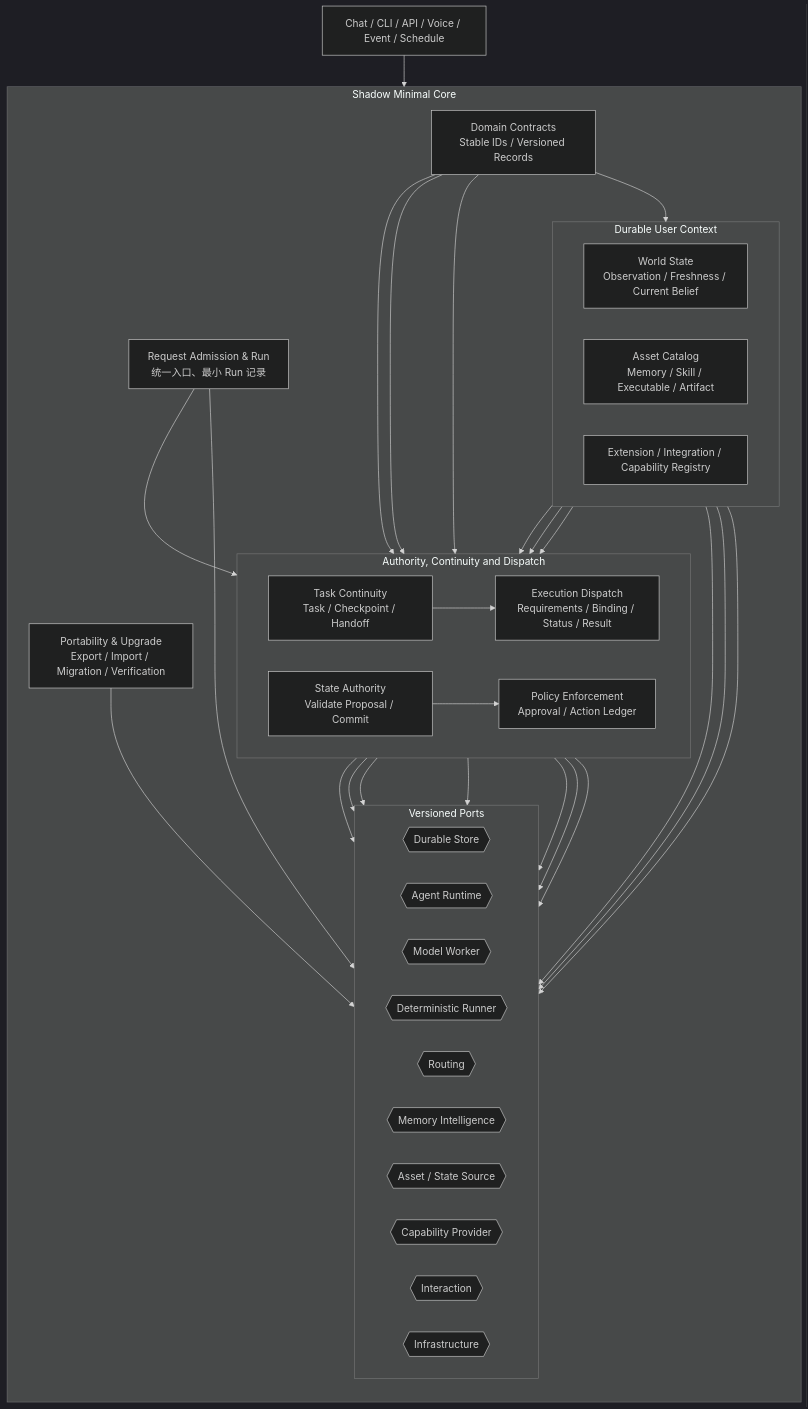
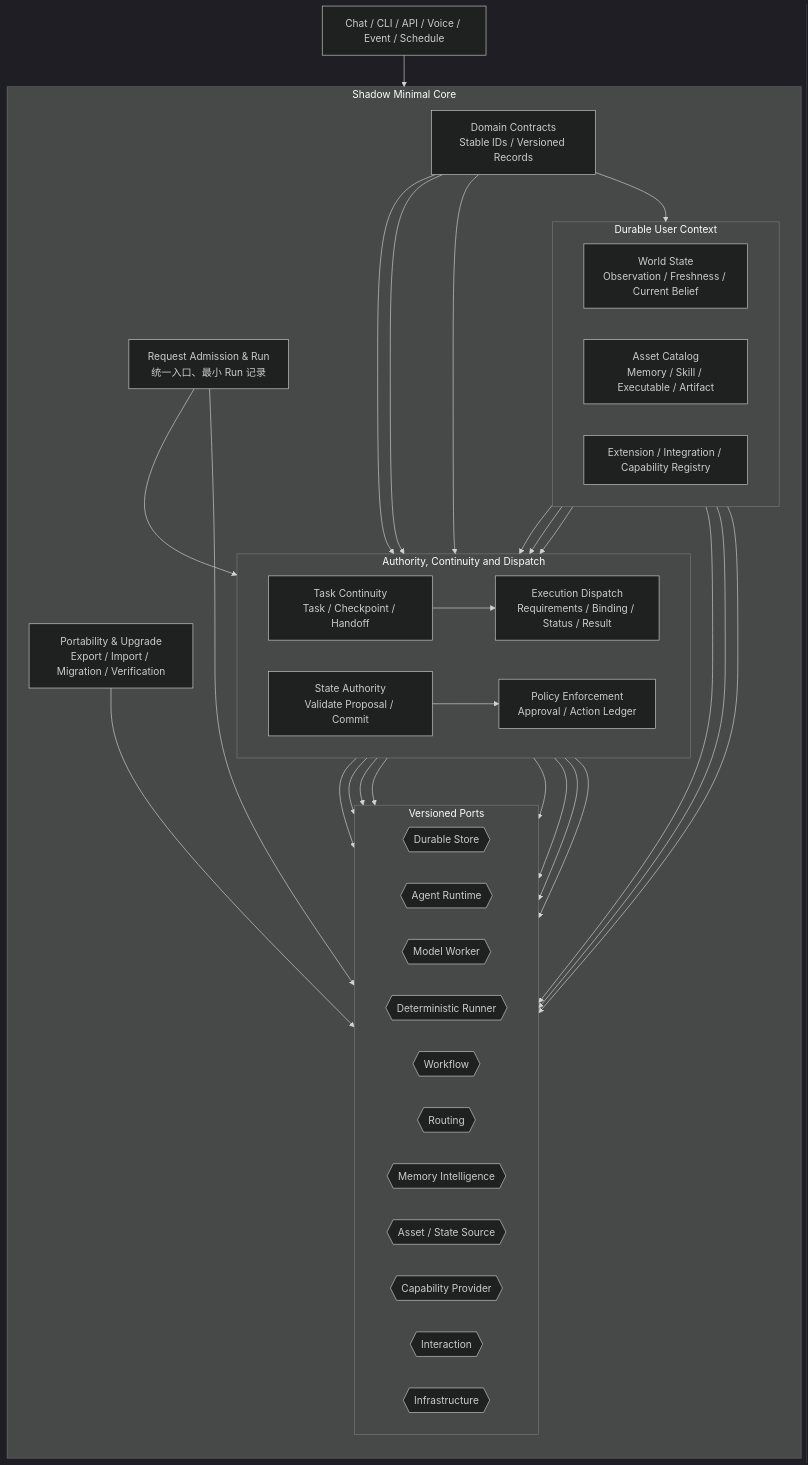
The first of 5 diagrams in docs/architecture.md (wzw57/OpenShadow), drawn with Mermaid (dark theme) before and after one commit. The commit also changed other lines of this file, not shown here.

Commit message:
docs: align architecture overview with Stage 4 model

```diff
--- a/docs/architecture.md
+++ b/docs/architecture.md
@@ -52,64 +53,66 @@
 ~~~mermaid
 flowchart TB
     REQUEST["Chat / CLI / API / Voice / Event / Schedule"]
 
     subgraph CORE["Shadow Minimal Core"]
         direction TB
         INGRESS["Request Admission & Run<br/>统一入口、最小 Run 记录"]
         CONTRACTS["Domain Contracts<br/>Stable IDs / Versioned Records"]
 
         subgraph CONTROL["Authority, Continuity and Dispatch"]
             direction LR
             TASK["Task Continuity<br/>Task / Checkpoint / Handoff"]
             EXEC["Execution Dispatch<br/>Requirements / Binding / Status / Result"]
             STATE["State Authority<br/>Validate Proposal / Commit"]
             POLICY["Policy Enforcement<br/>Approval / Action Ledger"]
         end
 
         subgraph CONTEXT["Durable User Context"]
             direction LR
             WORLD["World State<br/>Observation / Freshness / Current Belief"]
             ASSETS["Asset Catalog<br/>Memory / Skill / Executable / Artifact"]
             REGISTRY["Extension / Integration / Capability Registry"]
         end
 
         PORTABILITY["Portability & Upgrade<br/>Export / Import / Migration / Verification"]
 
         subgraph PORTS["Versioned Ports"]
             direction LR
             STORE_PORT{{"Durable Store"}}
             RUNTIME_PORT{{"Agent Runtime"}}
             MODEL_PORT{{"Model Worker"}}
             RUNNER_PORT{{"Deterministic Runner"}}
+            WORKFLOW_PORT{{"Workflow"}}
             ROUTING_PORT{{"Routing"}}
             MEMORY_PORT{{"Memory Intelligence"}}
             SOURCE_PORT{{"Asset / State Source"}}
             PROVIDER_PORT{{"Capability Provider"}}
             INTERACTION_PORT{{"Interaction"}}
             INFRA_PORT{{"Infrastructure"}}
         end
     end
 
     REQUEST --> INGRESS --> TASK --> EXEC
     CONTRACTS --> TASK
     CONTRACTS --> EXEC
     CONTRACTS --> STATE
     CONTRACTS --> WORLD
     STATE --> POLICY
     WORLD --> EXEC
     ASSETS --> EXEC
     REGISTRY --> EXEC
 
     EXEC --> RUNTIME_PORT
     EXEC --> MODEL_PORT
     EXEC --> RUNNER_PORT
+    EXEC --> WORKFLOW_PORT
     EXEC --> ROUTING_PORT
     ASSETS --> MEMORY_PORT
     WORLD --> SOURCE_PORT
     ASSETS --> SOURCE_PORT
     POLICY --> PROVIDER_PORT
     INGRESS --> INTERACTION_PORT
     TASK --> INFRA_PORT
     STATE --> STORE_PORT
     PORTABILITY --> STORE_PORT
 ~~~
```
